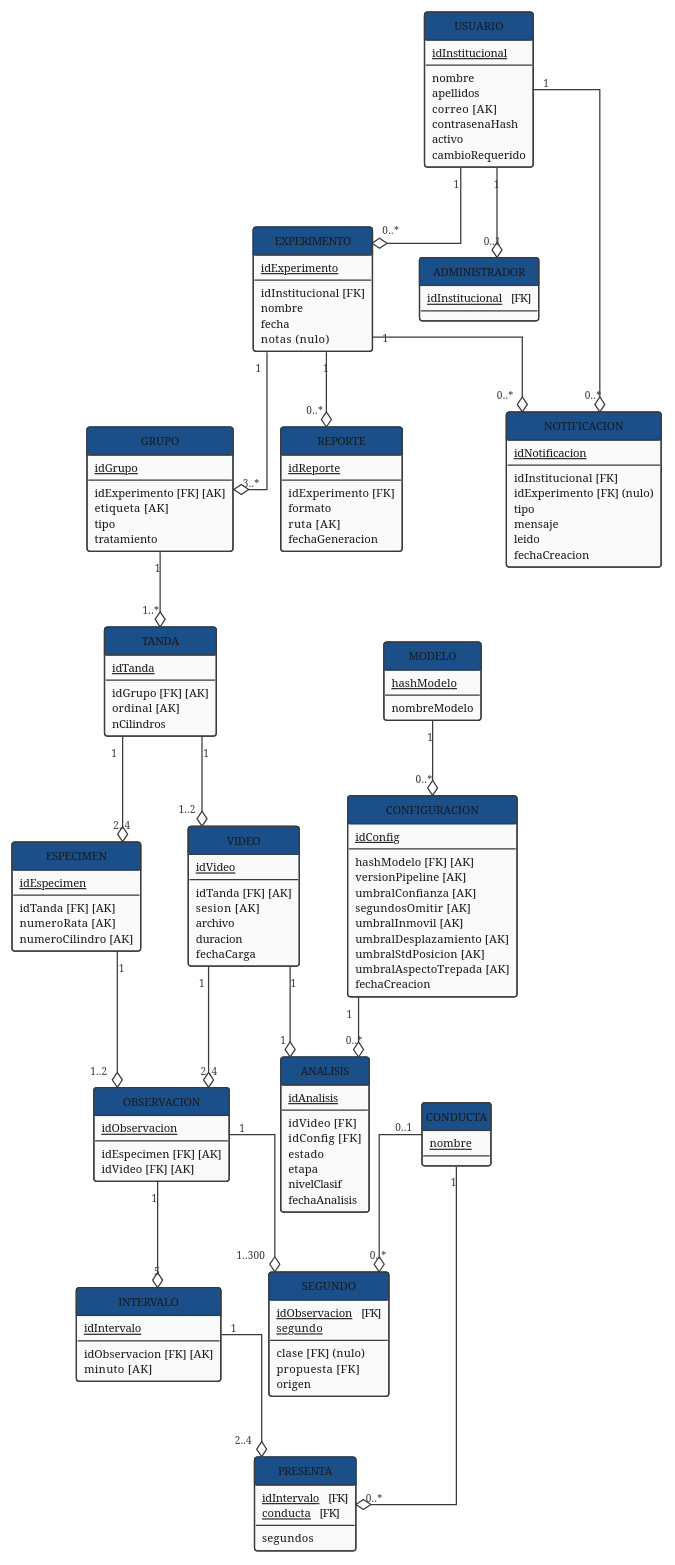
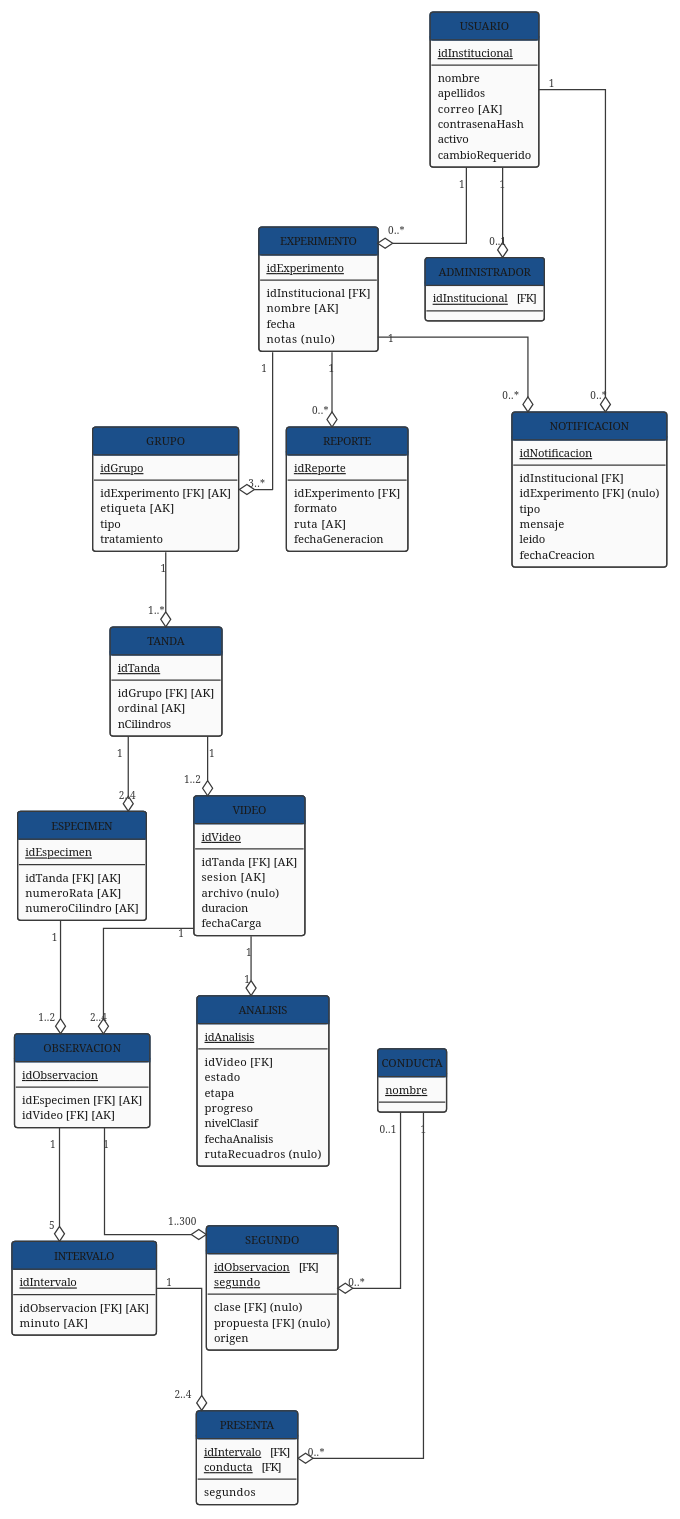
Before and after one commit to ErickJester/fst-ai-system-latex: the diagram in diagramas/grafo_relacional_3_vigente.puml, drawn with PlantUML. The commit also changed 33 other files, not shown here.

```diff
--- a/diagramas/grafo_relacional_3_vigente.puml
+++ b/diagramas/grafo_relacional_3_vigente.puml
@@ -5,15 +5,22 @@
 '  Base de datos FST | TT 2026-B066 | ESCOM-IPN
 '  Frausto Robles Angel Ali . Rodriguez Verdin Sandoval Vanesa
 ' ----------------------------------------------------------------
-'  Las 11 relaciones del esquema logico definitivo mas las cuatro
+'  Las 11 relaciones del esquema logico definitivo mas las dos
 '  que el sistema necesita y que el universo del discurso del
-'  laboratorio no contenia: MODELO, CONFIGURACION, REPORTE y
-'  NOTIFICACION. Mas ADMINISTRADOR (D-08, 13-sep): no es un tipo
+'  laboratorio no contenia: REPORTE y NOTIFICACION. Mas
+'  ADMINISTRADOR (D-08, 13-sep): no es un tipo
 '  de usuario aparte, es un investigador con permisos extra,
 '  modelado como subtipo -- si el usuario no aparece aqui, es
 '  investigador simple.
 '
-'  17 relaciones - 78 atributos - 20 llaves foraneas.
+'  15 relaciones - 67 atributos - 18 llaves foraneas.
+'  (D-51, 5-oct: se quitaron MODELO y CONFIGURACION y la columna
+'   ANALISIS.idConfig -- ningun RF permite cambiar el modelo ni el
+'   umbral, son constantes del pipeline. Se agregaron
+'   ANALISIS.rutaRecuadros y ANALISIS.progreso; SEGUNDO.propuesta y
+'   VIDEO.archivo pasan a admitir nulo; EXPERIMENTO.nombre pasa a
+'   ser clave alterna. Baja de 17 a 15 relaciones, de 78 a 67
+'   atributos y de 20 a 18 llaves foraneas)
 '  (D-47, 4-oct: se quito ANALISIS.confianza -- el detector actual
 '   no produce ningun valor de confianza -- y baja de 79 a 78)
 '  (D-35, 3-oct: se agrego SEGUNDO, con 5 atributos y 3 llaves
@@ -21,17 +28,13 @@
 '   (idObservacion, segundo) y los otros tres atributos dependen
 '   solo de ella, asi que queda en BCNF.)
 '  (D-25, 15-sep: se agrego USUARIO.cambioRequerido, sube de 73 a 74)
-'  Validado relacion por relacion: las cuatro de la reconciliacion
+'  Validado relacion por relacion: las dos de la reconciliacion
 '  y ADMINISTRADOR quedan en BCNF.
 '
 '  ---- Que cambio respecto de la version de 14 ----
-'  Se separo MODELO (hashModelo, nombreModelo). En la version de 14,
-'  CONFIGURACION guardaba las dos columnas y eso rompia la 3FN:
-'  hashModelo -> nombreModelo es una dependencia real (un hash
-'  identifica el archivo, y el archivo tiene nombre), y hashModelo
-'  NO es clave candidata de CONFIGURACION, porque el mismo modelo
-'  aparece varias veces con umbrales distintos. Determinante que no
-'  es clave + atributo no primo = transitiva.
+'  Se separo MODELO de CONFIGURACION para quitar la transitiva
+'  hashModelo -> nombreModelo. Ya no aplica: D-51 (5-oct) quito
+'  las dos tablas.
 '
 '  ---- Que NO entra, y por que ----
 '  ROIS   El pipeline calcula el recuadro en cada corrida (modulo 2)
@@ -54,7 +57,7 @@
 '                         asi que no viola BCNF.
 '  estado -> etapa        en ANALISIS. Ya descartado en la etapa
 '                         logica: un analisis en proceso puede estar
-'                         en cualquiera de las cuatro etapas.
+'                         en cualquiera de las tres etapas.
 '
 '  ---- D-03 resuelto (equipo, 13-sep) ----
 '  Se reemplaza: un video tiene como mucho un analisis vigente. Al
@@ -116,7 +119,7 @@
   <u>idExperimento</u>
   --
   idInstitucional   [FK]
-  nombre
+  nombre   [AK]
   fecha
   notas   (nulo)
 }
@@ -151,7 +154,7 @@
   --
   idTanda   [FK] [AK]
   sesion   [AK]
-  archivo
+  archivo   (nulo)
   duracion
   fechaCarga
 }
@@ -160,11 +163,12 @@
   <u>idAnalisis</u>
   --
   idVideo   [FK]
-  idConfig   [FK]
   estado
   etapa
+  progreso
   nivelClasif
   fechaAnalisis
+  rutaRecuadros   (nulo)
 }
 
 class OBSERVACION {
@@ -197,7 +201,7 @@
   <u>segundo</u>
   --
   clase   [FK] (nulo)
-  propuesta   [FK]
+  propuesta   [FK] (nulo)
   origen
 }
 
@@ -206,28 +210,8 @@
 }
 
 ' ━━━━━━━━━━━━━━━━━━━━━━━━━━━━━━━━━━━━━━━━━━━━━━━━━━━━━━━━━━━━━━━━
-'  SOPORTE DEL SISTEMA  -  las cuatro que el laboratorio no nombra
+'  SOPORTE DEL SISTEMA  -  las dos que el laboratorio no nombra
 ' ━━━━━━━━━━━━━━━━━━━━━━━━━━━━━━━━━━━━━━━━━━━━━━━━━━━━━━━━━━━━━━━━
-
-class MODELO {
-  <u>hashModelo</u>
-  --
-  nombreModelo
-}
-
-class CONFIGURACION {
-  <u>idConfig</u>
-  --
-  hashModelo   [FK] [AK]
-  versionPipeline   [AK]
-  umbralConfianza   [AK]
-  segundosOmitir   [AK]
-  umbralInmovil   [AK]
-  umbralDesplazamiento   [AK]
-  umbralStdPosicion   [AK]
-  umbralAspectoTrepada   [AK]
-  fechaCreacion
-}
 
 class REPORTE {
   <u>idReporte</u>
@@ -259,8 +243,6 @@
 TANDA          "1" --o "2..4" ESPECIMEN
 TANDA          "1" --o "1..2" VIDEO
 VIDEO          "1" --o "1"    ANALISIS
-CONFIGURACION  "1" --o "0..*" ANALISIS
-MODELO         "1" --o "0..*" CONFIGURACION
 ESPECIMEN      "1" --o "1..2" OBSERVACION
 VIDEO          "1" --o "2..4" OBSERVACION
 OBSERVACION    "1" --o "5"    INTERVALO
```
